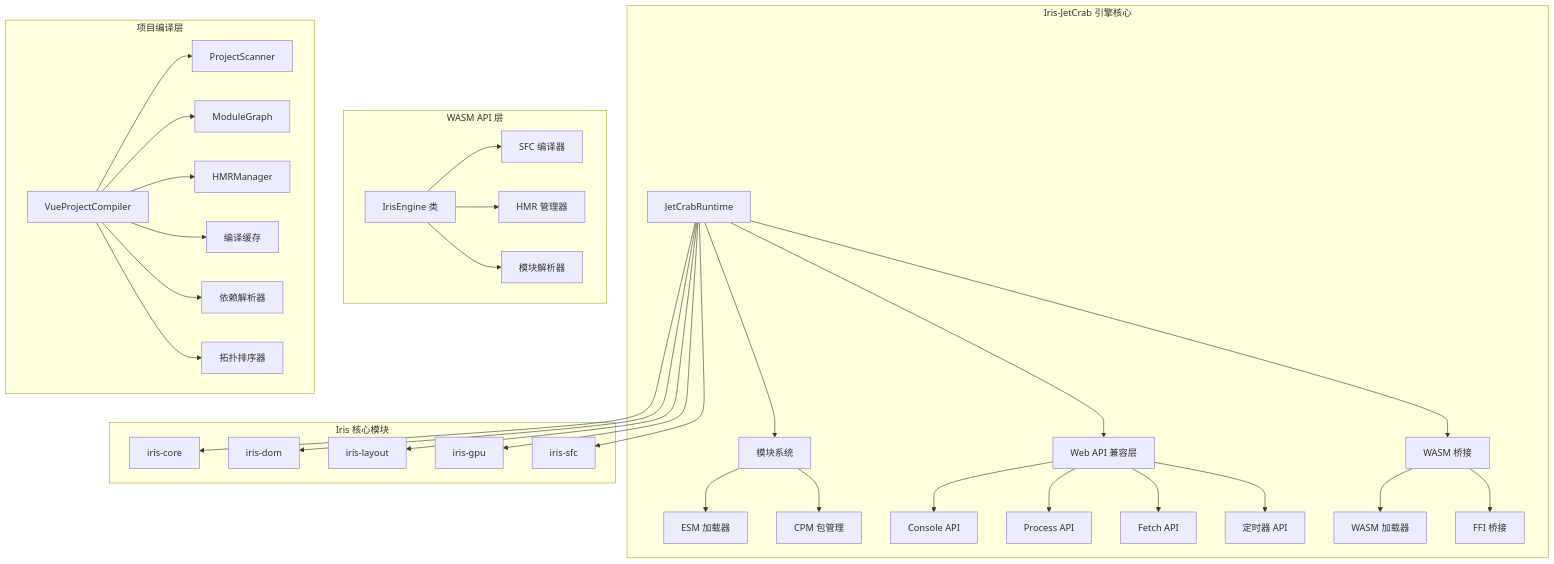
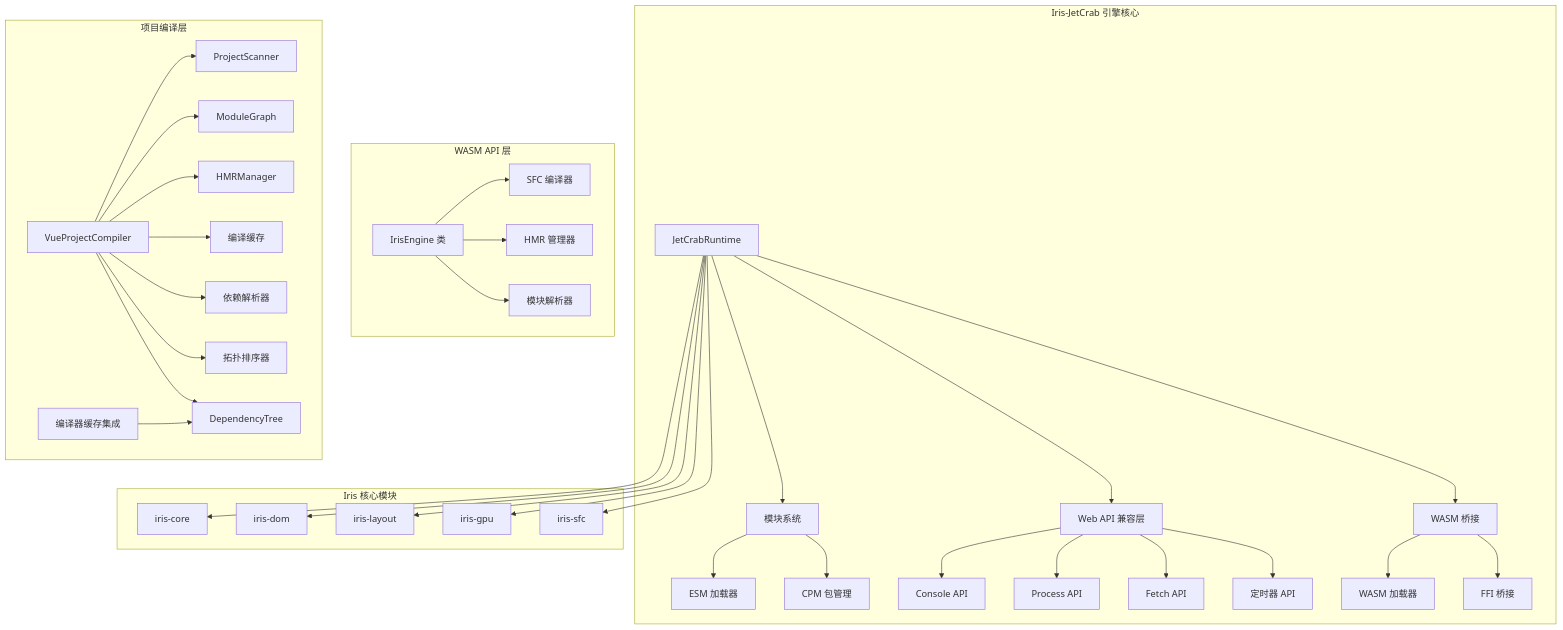
One commit to itszzl-sudo/iris changed the first of 21 diagrams in .qoder/repowiki/zh/content/技术架构详解/JS沙箱运行时/Iris-JetCrab引擎/Iris-JetCrab引擎.md. Above: the diagram before and after it, drawn with Mermaid. The commit also changed other lines of this file and 887 other files, not shown here.

````diff
--- a/.qoder/repowiki/zh/content/技术架构详解/JS沙箱运行时/Iris-JetCrab引擎/Iris-JetCrab引擎.md
+++ b/.qoder/repowiki/zh/content/技术架构详解/JS沙箱运行时/Iris-JetCrab引擎/Iris-JetCrab引擎.md
@@ -65,52 +70,56 @@
 ```mermaid
 graph TB
 subgraph "Iris-JetCrab 引擎核心"
 A[JetCrabRuntime] --> B[模块系统]
 A --> C[Web API 兼容层]
 A --> D[WASM 桥接]
 B --> B1[ESM 加载器]
 B --> B2[CPM 包管理]
 C --> C1[Console API]
 C --> C2[Process API]
 C --> C3[Fetch API]
 C --> C4[定时器 API]
 D --> D1[WASM 加载器]
 D --> D2[FFI 桥接]
 end
 subgraph "Iris 核心模块"
 E[iris-core]
 F[iris-dom]
 G[iris-layout]
 H[iris-gpu]
 I[iris-sfc]
 end
 subgraph "WASM API 层"
 J[IrisEngine 类]
 K[SFC 编译器]
 L[HMR 管理器]
 M[模块解析器]
 end
 subgraph "项目编译层"
 N[VueProjectCompiler]
 O[ProjectScanner]
 P[ModuleGraph]
 Q[HMRManager]
 R[编译缓存]
 S[依赖解析器]
 T[拓扑排序器]
+U[DependencyTree]
+V[编译器缓存集成]
 end
 A --> E
 A --> F
 A --> G
 A --> H
 A --> I
 J --> K
 J --> L
 J --> M
 N --> O
 N --> P
 N --> Q
 N --> R
 N --> S
 N --> T
+N --> U
+V --> U
 ```
````
